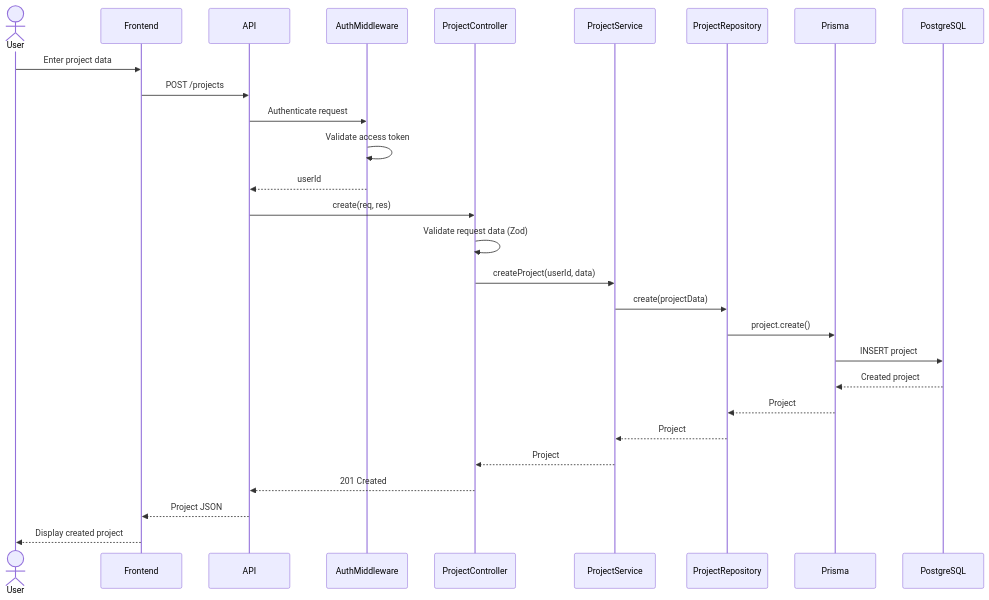
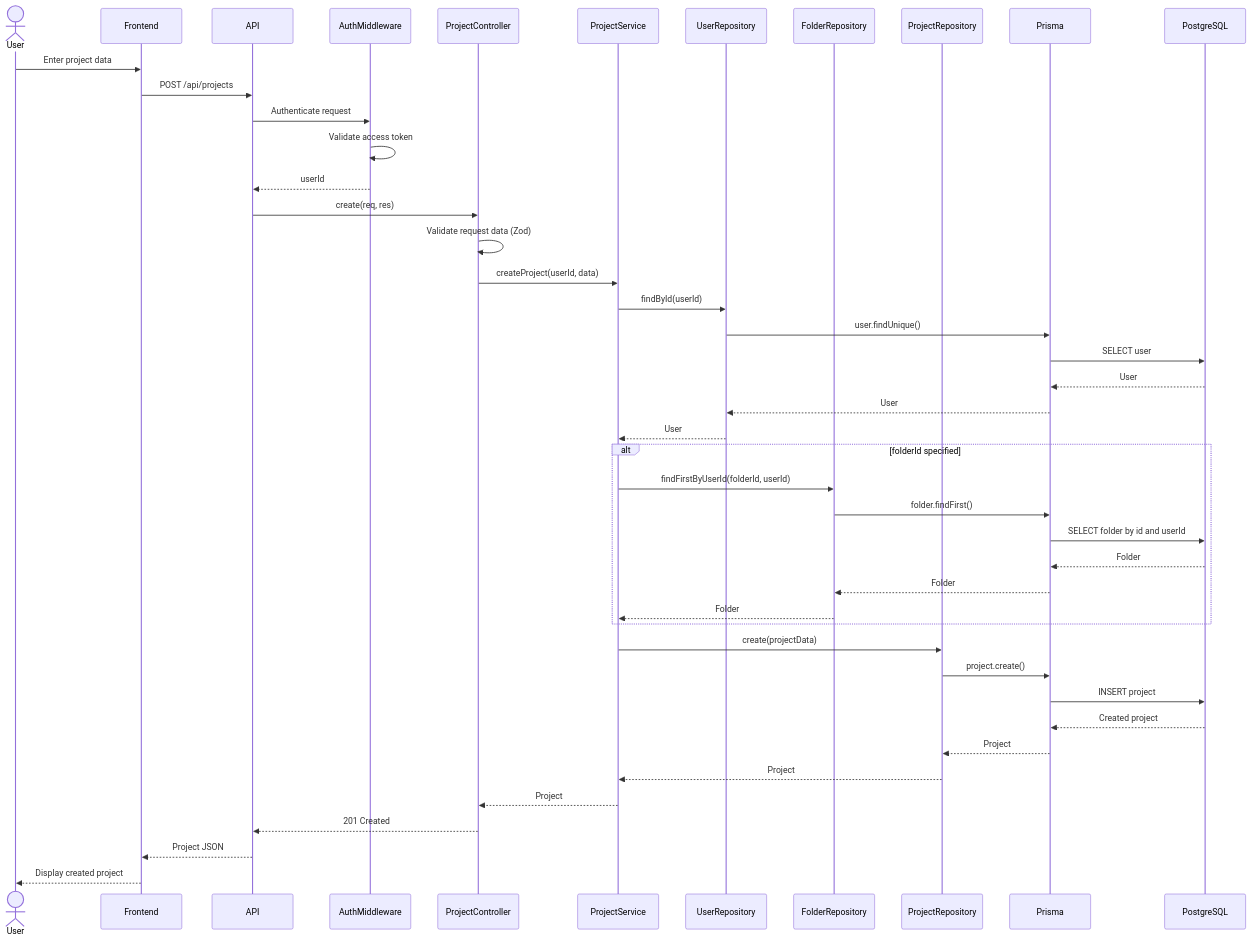
Before and after one commit to davihenriquedev1/prodixus: the diagram in docs/diagrams/sequence-diagrams/project/create.md, drawn with Mermaid. The commit also changed 65 other files, not shown here.

````diff
--- a/docs/diagrams/sequence-diagrams/project/create.md
+++ b/docs/diagrams/sequence-diagrams/project/create.md
@@ -3,32 +3,50 @@
 ```mermaid
 sequenceDiagram
     actor User
     participant Frontend
     participant API
     participant AuthMiddleware
     participant ProjectController
     participant ProjectService
+    participant UserRepository
+    participant FolderRepository
     participant ProjectRepository
     participant Prisma
     participant PostgreSQL
 
     User->>Frontend: Enter project data
-    Frontend->>API: POST /projects
+    Frontend->>API: POST /api/projects
     API->>AuthMiddleware: Authenticate request
     AuthMiddleware->>AuthMiddleware: Validate access token
     AuthMiddleware-->>API: userId
-
     API->>ProjectController: create(req, res)
     ProjectController->>ProjectController: Validate request data (Zod)
     ProjectController->>ProjectService: createProject(userId, data)
+
+    ProjectService->>UserRepository: findById(userId)
+    UserRepository->>Prisma: user.findUnique()
+    Prisma->>PostgreSQL: SELECT user
+    PostgreSQL-->>Prisma: User
+    Prisma-->>UserRepository: User
+    UserRepository-->>ProjectService: User
+
+    alt folderId specified
+        ProjectService->>FolderRepository: findFirstByUserId(folderId, userId)
+        FolderRepository->>Prisma: folder.findFirst()
+        Prisma->>PostgreSQL: SELECT folder by id and userId
+        PostgreSQL-->>Prisma: Folder
+        Prisma-->>FolderRepository: Folder
+        FolderRepository-->>ProjectService: Folder
+    end
+
     ProjectService->>ProjectRepository: create(projectData)
     ProjectRepository->>Prisma: project.create()
     Prisma->>PostgreSQL: INSERT project
     PostgreSQL-->>Prisma: Created project
     Prisma-->>ProjectRepository: Project
     ProjectRepository-->>ProjectService: Project
     ProjectService-->>ProjectController: Project
     ProjectController-->>API: 201 Created
     API-->>Frontend: Project JSON
     Frontend-->>User: Display created project
 ```
````
